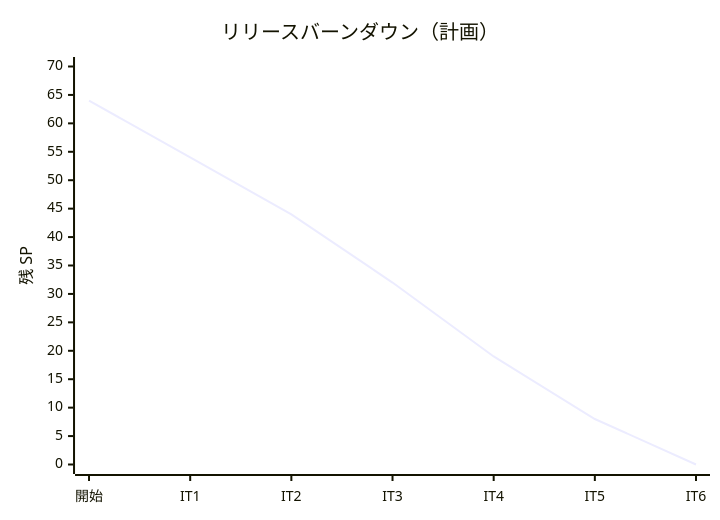
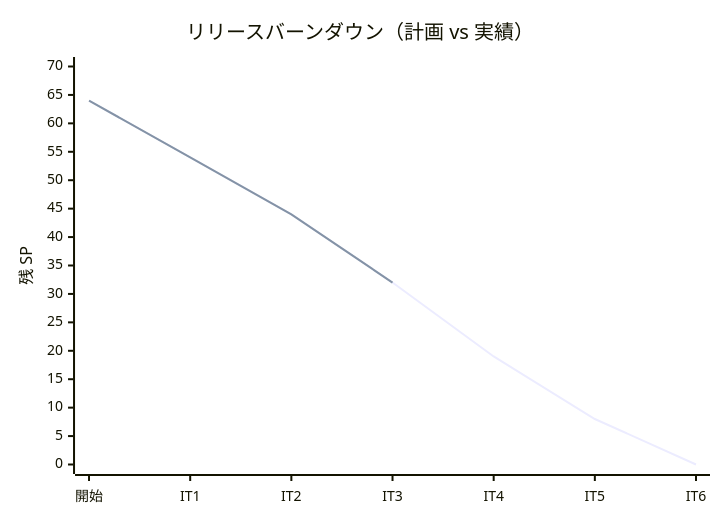
Before and after one commit to k2works/case-study-cargo-tracker: the third of 3 diagrams in docs/development/release_plan.md, drawn with Mermaid. The commit also changed other lines of this file and 1 other file, not shown here.

````diff
--- a/docs/development/release_plan.md
+++ b/docs/development/release_plan.md
@@ -383,7 +384,8 @@
 ```mermaid
 xychart-beta
-    title "リリースバーンダウン（計画）"
+    title "リリースバーンダウン（計画 vs 実績）"
     x-axis ["開始", "IT1", "IT2", "IT3", "IT4", "IT5", "IT6"]
     y-axis "残 SP" 0 --> 70
     line "計画" [64, 54, 44, 32, 19, 8, 0]
+    line "実績" [64, 54, 44, 32]
 ```
````
